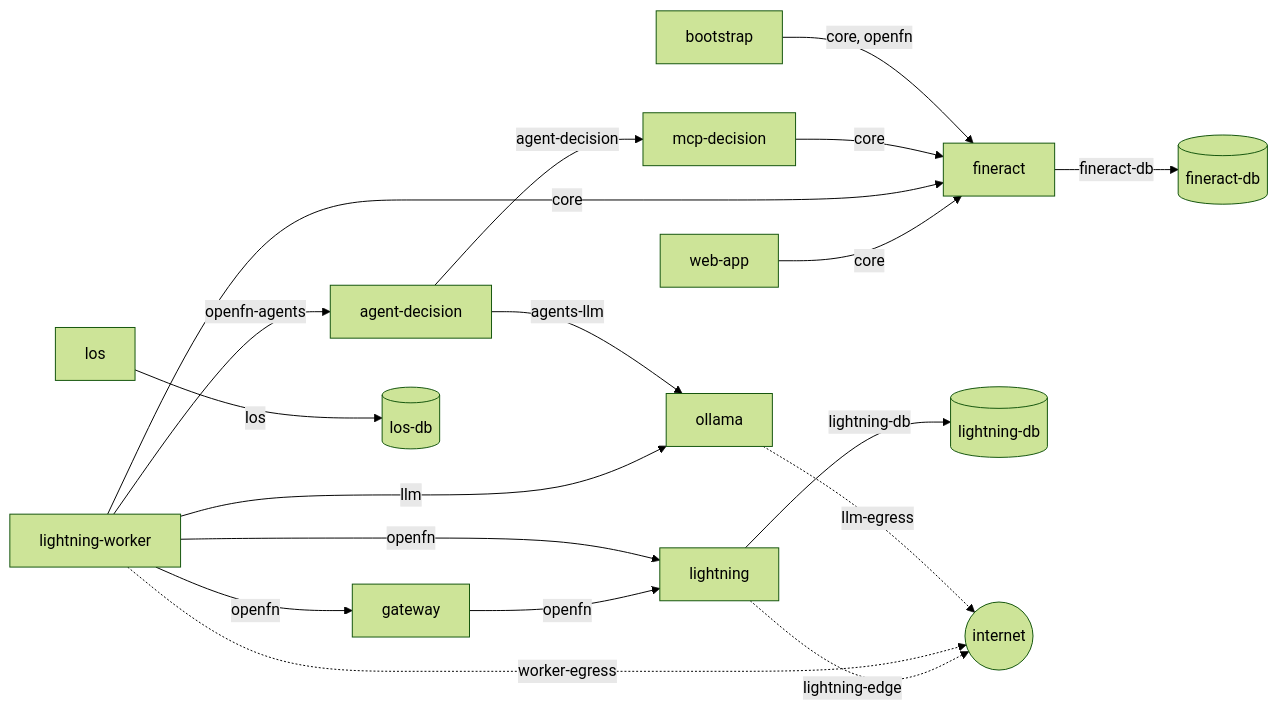
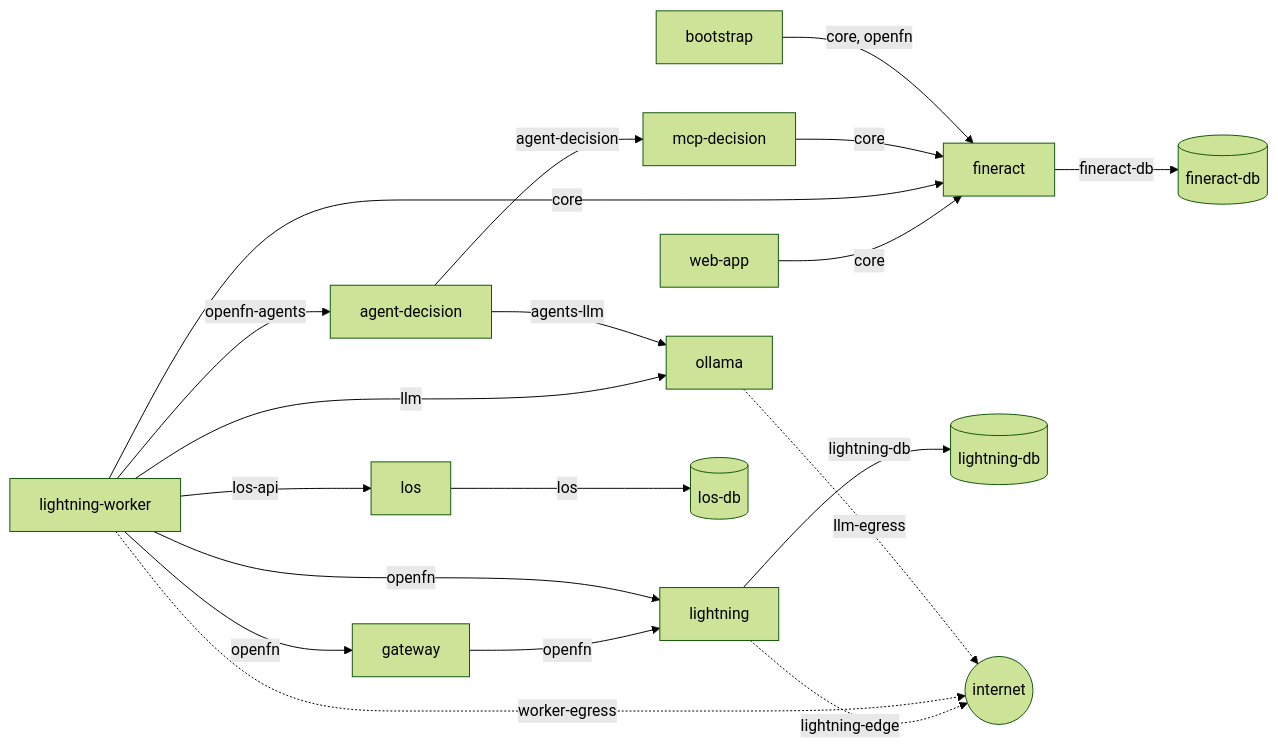
One commit to openMF/mcp-mifosx changed the second of 2 diagrams in agentic-mifos-sandbox/README.md. Above: the diagram before and after it, drawn with Mermaid (forest theme). The commit also changed other lines of this file and 8 other files, not shown here.

First line of the commit message:
feat(sandbox): opportunity intake for the commercial flow

````diff
--- a/agentic-mifos-sandbox/README.md
+++ b/agentic-mifos-sandbox/README.md
@@ -112,20 +124,21 @@
 ```mermaid
 flowchart LR
   webapp[web-app] -- core --> fineract
   fineract -- fineract-db --> fdb[(fineract-db)]
   lightning -- lightning-db --> ldb[(lightning-db)]
   gateway -- openfn --> lightning
   worker[lightning-worker] -- openfn --> lightning
   worker -- openfn --> gateway
   worker -- core --> fineract
   worker -- llm --> ollama
   worker -- openfn-agents --> agent[agent-decision]
   agent -- agent-decision --> mcp[mcp-decision]
   agent -- agents-llm --> ollama
   mcp -- core --> fineract
   bootstrap -- "core, openfn" --> fineract
   los -- los --> losdb[(los-db)]
+  worker -- los-api --> los
   lightning -. lightning-edge .-> net((internet))
   worker -. worker-egress .-> net
   ollama -. llm-egress .-> net
 ```
````
